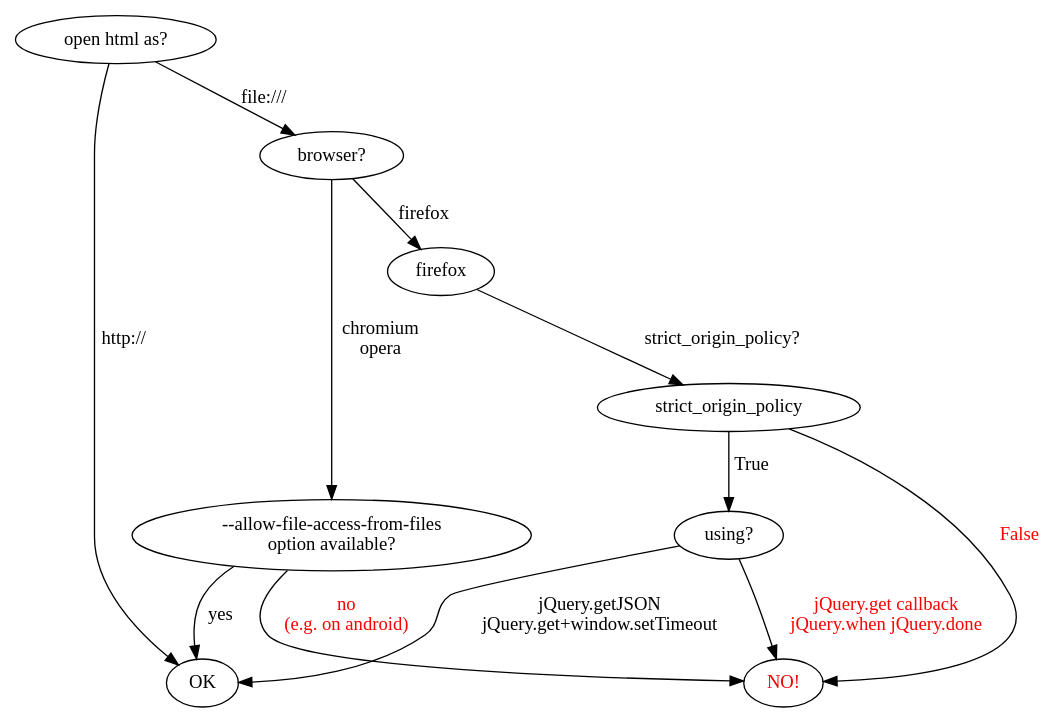
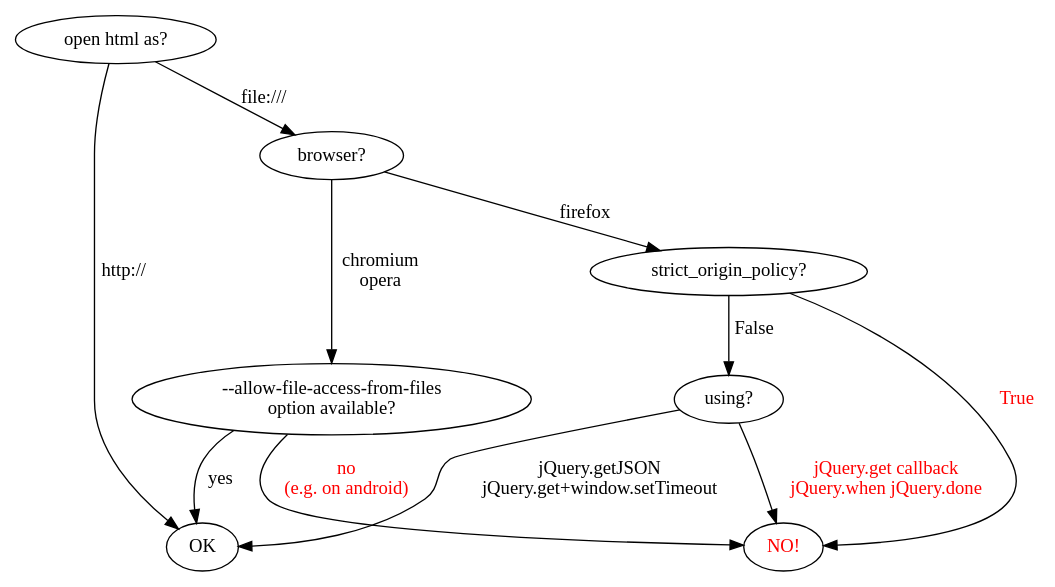
Before and after one commit to ckhung/javascriptCanReadLocalFiles: the diagram in readLocal.dot, drawn with Graphviz. The commit also changed 1 other file, not shown here.

Commit message:
figure True/False was opposite

```diff
--- a/readLocal.dot
+++ b/readLocal.dot
@@ -1,25 +1,25 @@
 // dot -Tsvg readLocal.dot > readLocal.svg
 digraph "reading local file using jQuery.get" {
 
     overlap = scale;
     // rankdir=LR;
 
     ok [ label="OK" ];
     html [ label="open html as?" ];
     browser [ label="browser?" ];
     chromium [ label="--allow-file-access-from-files\noption available?" ];
+    firefox [ label="strict_origin_policy?" ];
     using [ label="using?" ];
     no [ label="NO!"; fontcolor="red" ];
 
     html -> ok [ label="http://" ];
     html -> browser [ label="file:///"; ];
     browser -> chromium [ label="chromium\nopera" ];
     chromium -> ok [ label="yes" ];
     chromium -> no [ label="no\n(e.g. on android)"; fontcolor="red" ];
     browser -> firefox [ label="firefox"; ];
-    firefox -> strict_origin_policy [ label="strict_origin_policy?"; ];
-    strict_origin_policy -> no [ label="False"; fontcolor="red" ];
-    strict_origin_policy -> using [ label="True"; ];
+    firefox -> no [ label="True"; fontcolor="red" ];
+    firefox -> using [ label="False"; ];
     using -> ok [ label="jQuery.getJSON\njQuery.get+window.setTimeout" ];
     using -> no [ label="jQuery.get callback\njQuery.when jQuery.done"; fontcolor="red" ];
 }
```
